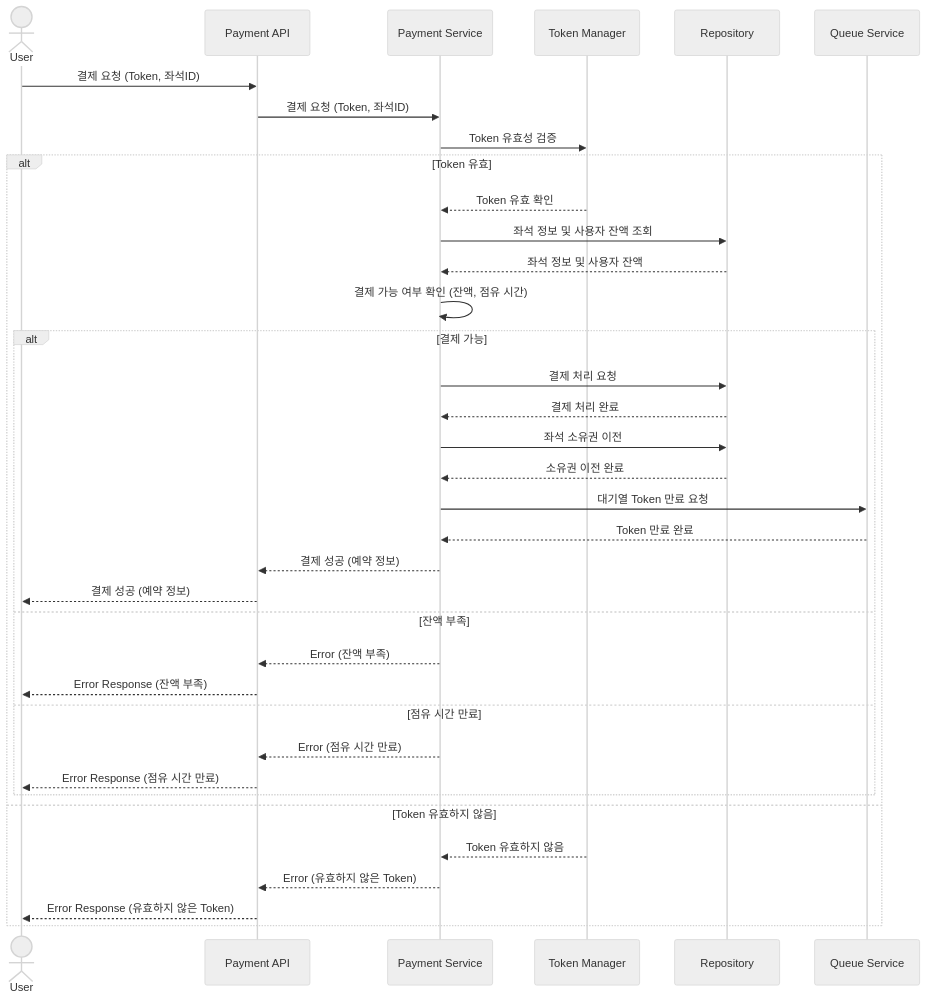
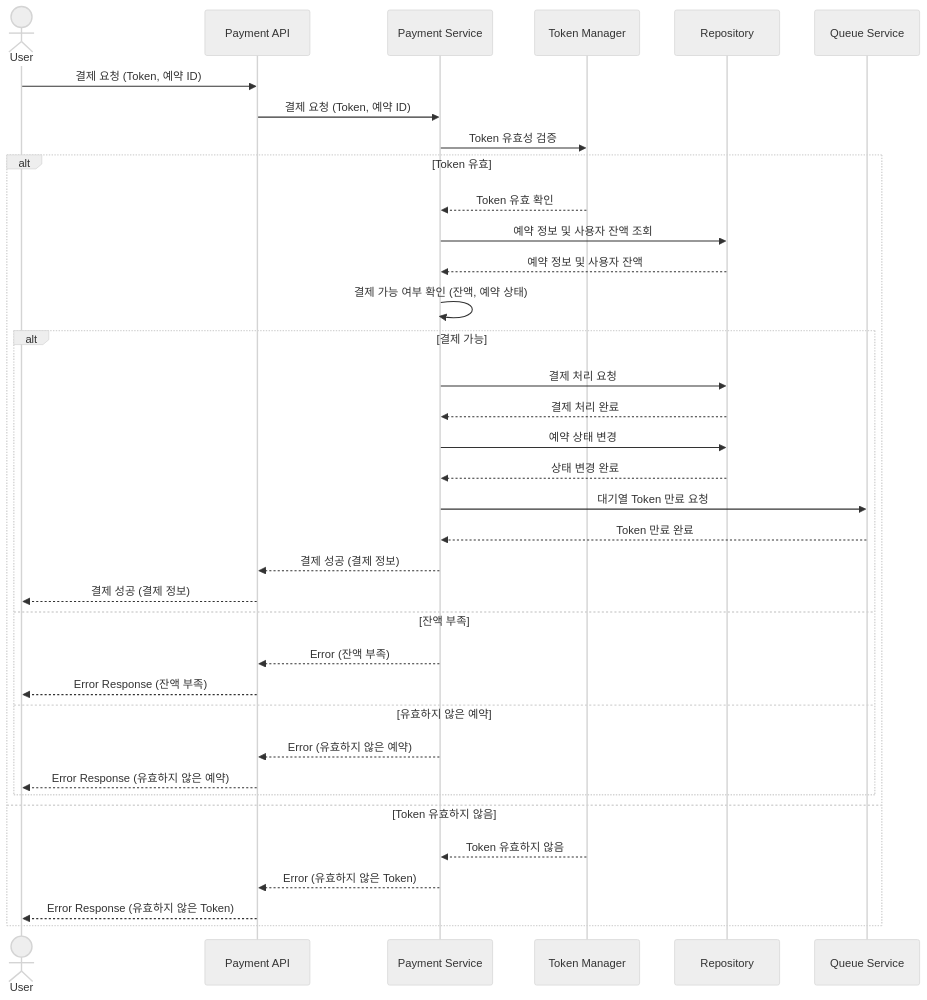
The seventh of 12 diagrams in docs/scenario.md (yuiyeong/ticketing-service), drawn with Mermaid (neutral theme) before and after one commit. The commit also changed other lines of this file, not shown here.

````diff
--- a/docs/scenario.md
+++ b/docs/scenario.md
@@ -219,38 +260,38 @@
 ```mermaid
 sequenceDiagram
     actor User
     participant API as Payment API
     participant PaymentService as Payment Service
     participant TokenManager as Token Manager
     participant Repository as Repository
     participant QueueService as Queue Service
-    User ->> API: 결제 요청 (Token, 좌석ID)
-    API ->> PaymentService: 결제 요청 (Token, 좌석ID)
+    User ->> API: 결제 요청 (Token, 예약 ID)
+    API ->> PaymentService: 결제 요청 (Token, 예약 ID)
     PaymentService ->> TokenManager: Token 유효성 검증
     alt Token 유효
         TokenManager -->> PaymentService: Token 유효 확인
-        PaymentService ->> Repository: 좌석 정보 및 사용자 잔액 조회
-        Repository -->> PaymentService: 좌석 정보 및 사용자 잔액
-        PaymentService ->> PaymentService: 결제 가능 여부 확인 (잔액, 점유 시간)
+        PaymentService ->> Repository: 예약 정보 및 사용자 잔액 조회
+        Repository -->> PaymentService: 예약 정보 및 사용자 잔액
+        PaymentService ->> PaymentService: 결제 가능 여부 확인 (잔액, 예약 상태)
         alt 결제 가능
             PaymentService ->> Repository: 결제 처리 요청
             Repository -->> PaymentService: 결제 처리 완료
-            PaymentService ->> Repository: 좌석 소유권 이전
-            Repository -->> PaymentService: 소유권 이전 완료
+            PaymentService ->> Repository: 예약 상태 변경
+            Repository -->> PaymentService: 상태 변경 완료
             PaymentService ->> QueueService: 대기열 Token 만료 요청
             QueueService -->> PaymentService: Token 만료 완료
-            PaymentService -->> API: 결제 성공 (예약 정보)
-            API -->> User: 결제 성공 (예약 정보)
+            PaymentService -->> API: 결제 성공 (결제 정보)
+            API -->> User: 결제 성공 (결제 정보)
         else 잔액 부족
             PaymentService -->> API: Error (잔액 부족)
             API -->> User: Error Response (잔액 부족)
-        else 점유 시간 만료
-            PaymentService -->> API: Error (점유 시간 만료)
-            API -->> User: Error Response (점유 시간 만료)
+        else 유효하지 않은 예약
+            PaymentService -->> API: Error (유효하지 않은 예약)
+            API -->> User: Error Response (유효하지 않은 예약)
         end
     else Token 유효하지 않음
         TokenManager -->> PaymentService: Token 유효하지 않음
         PaymentService -->> API: Error (유효하지 않은 Token)
         API -->> User: Error Response (유효하지 않은 Token)
     end
 ```
````
